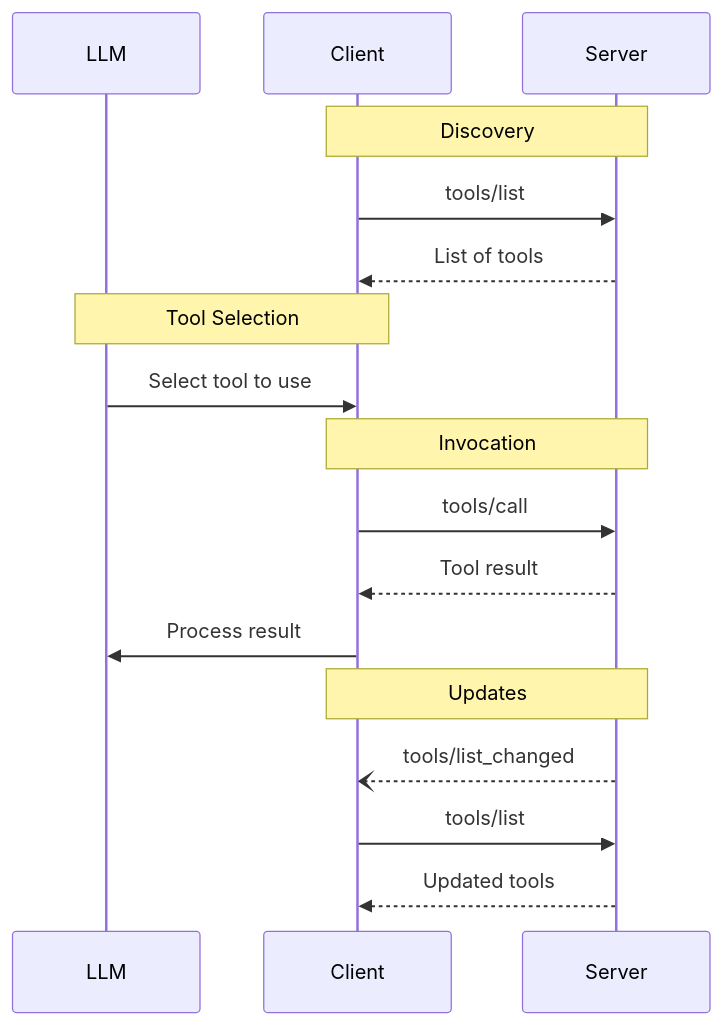
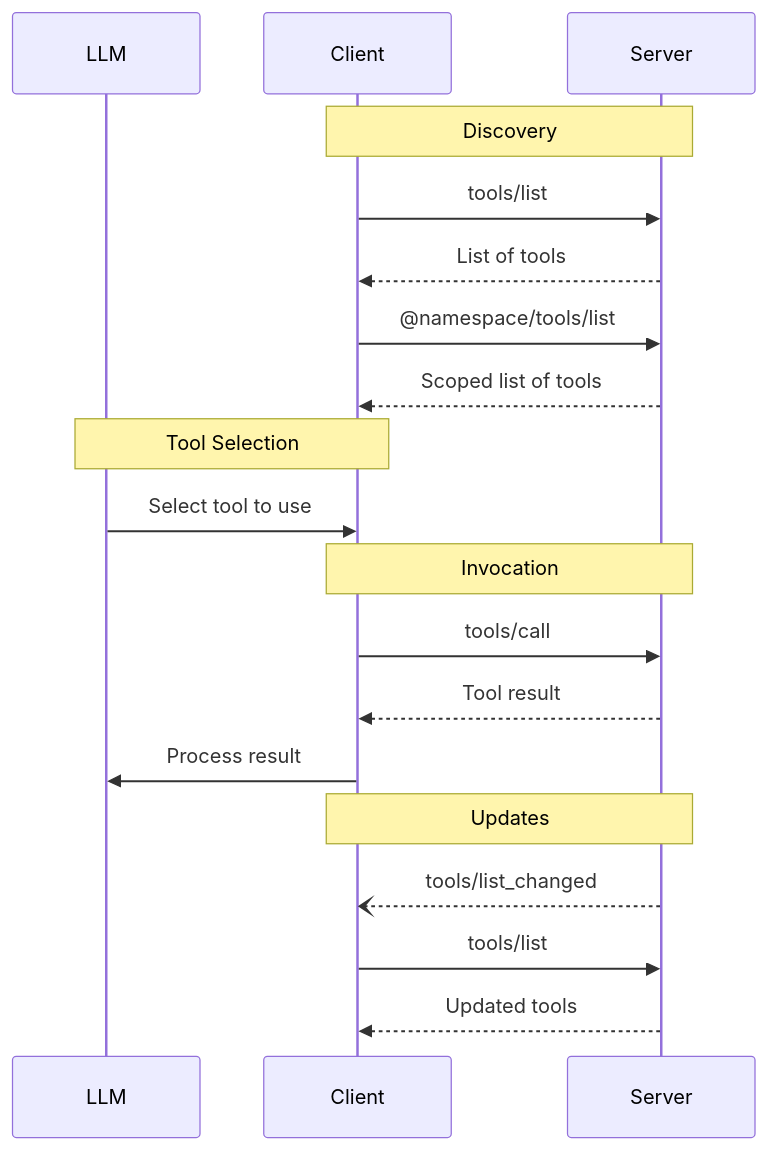
Before and after one commit to modelcontextprotocol/specification: the diagram in docs/specification/draft/server/tools.mdx, drawn with Mermaid. The commit also changed 5 other files, not shown here.

````diff
--- a/docs/specification/draft/server/tools.mdx
+++ b/docs/specification/draft/server/tools.mdx
@@ -151,23 +151,25 @@
 ```mermaid
 sequenceDiagram
     participant LLM
     participant Client
     participant Server
 
     Note over Client,Server: Discovery
     Client->>Server: tools/list
     Server-->>Client: List of tools
+    Client->>Server: @namespace/tools/list
+    Server-->>Client: Scoped list of tools
 
     Note over Client,LLM: Tool Selection
     LLM->>Client: Select tool to use
 
     Note over Client,Server: Invocation
     Client->>Server: tools/call
     Server-->>Client: Tool result
     Client->>LLM: Process result
 
     Note over Client,Server: Updates
     Server--)Client: tools/list_changed
     Client->>Server: tools/list
     Server-->>Client: Updated tools
 ```
````
